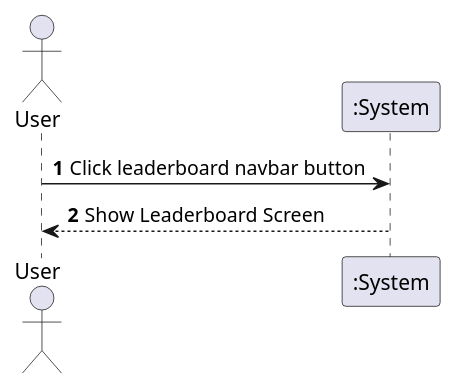
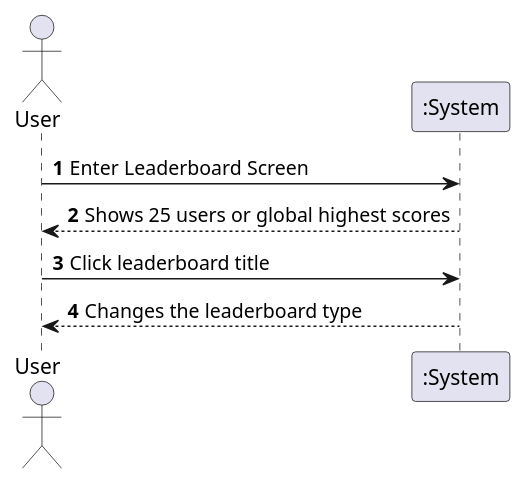
Before and after one commit to 8126Lucas/DSSMV_ProjectReact_1241131_1241008: the diagram in UMLs/puml/SSD/UCLB-SSD/UCLB1-SSD.puml, drawn with PlantUML. The commit also changed 10 other files, not shown here.

Commit message:
Lucas e Miguel: - Alterações nos diagramas

```diff
--- a/UMLs/puml/SSD/UCLB-SSD/UCLB1-SSD.puml
+++ b/UMLs/puml/SSD/UCLB-SSD/UCLB1-SSD.puml
@@ -1,11 +1,15 @@
 @startuml
 'https://plantuml.com/sequence-diagram
 
 autonumber
 
 Actor "User" as user
 participant ":System" as sys
 
-user -> sys: Click leaderboard navbar button
-user <-- sys: Show Leaderboard Screen
+user -> sys: Enter Leaderboard Screen
+user <-- sys: Shows 25 users or global highest scores
+
+user -> sys: Click leaderboard title
+user <-- sys: Changes the leaderboard type
+
 @enduml
```
